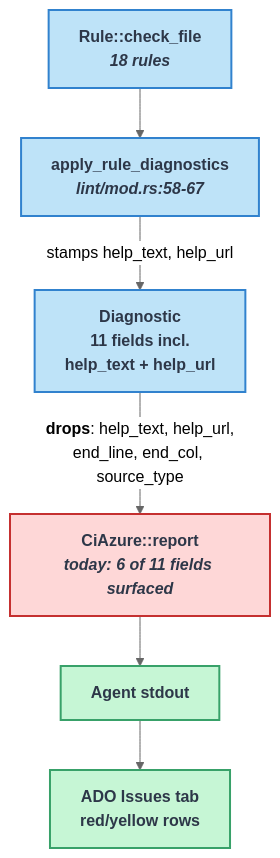
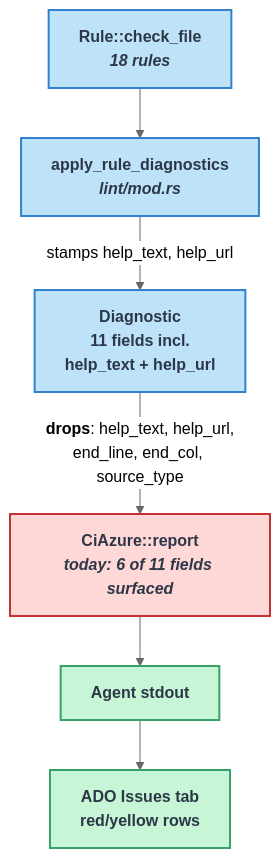
One commit to TheLarkInn/aipm changed the first of 2 diagrams in specs/2026-04-20-azure-devops-lint-reporter-enrichment.md. Above: the diagram before and after it, drawn with Mermaid (neutral theme). The commit also changed other lines of this file, not shown here.

````diff
--- a/specs/2026-04-20-azure-devops-lint-reporter-enrichment.md
+++ b/specs/2026-04-20-azure-devops-lint-reporter-enrichment.md
@@ -31,19 +31,19 @@
 ```mermaid
 flowchart TB
     classDef current fill:#fed7d7,stroke:#c53030,stroke-width:2px,color:#2d3748,font-weight:600
     classDef data fill:#bee3f8,stroke:#3182ce,stroke-width:2px,color:#2d3748,font-weight:600
     classDef sink fill:#c6f6d5,stroke:#38a169,stroke-width:2px,color:#2d3748,font-weight:600
 
     Rules["`Rule::check_file<br/><i>18 rules</i>`"]:::data
-    Apply["`apply_rule_diagnostics<br/><i>lint/mod.rs:58-67</i>`"]:::data
+    Apply["`apply_rule_diagnostics<br/><i>lint/mod.rs</i>`"]:::data
     Diag["`Diagnostic<br/>11 fields incl.<br/>help_text + help_url`"]:::data
     CiAz["`CiAzure::report<br/><i>today: 6 of 11 fields surfaced</i>`"]:::current
     Stdout["Agent stdout"]:::sink
     Issues["ADO Issues tab<br/>red/yellow rows"]:::sink
 
     Rules --> Apply
     Apply -->|"stamps help_text, help_url"| Diag
     Diag -->|"<b>drops</b>: help_text, help_url,<br/>end_line, end_col, source_type"| CiAz
     CiAz --> Stdout
     Stdout --> Issues
 ```
````
